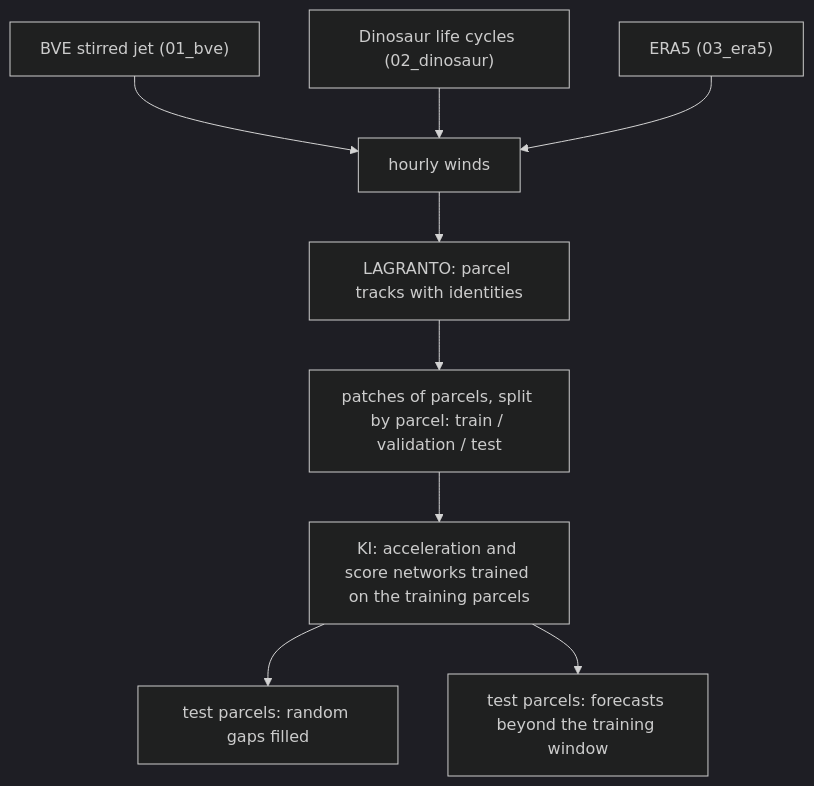
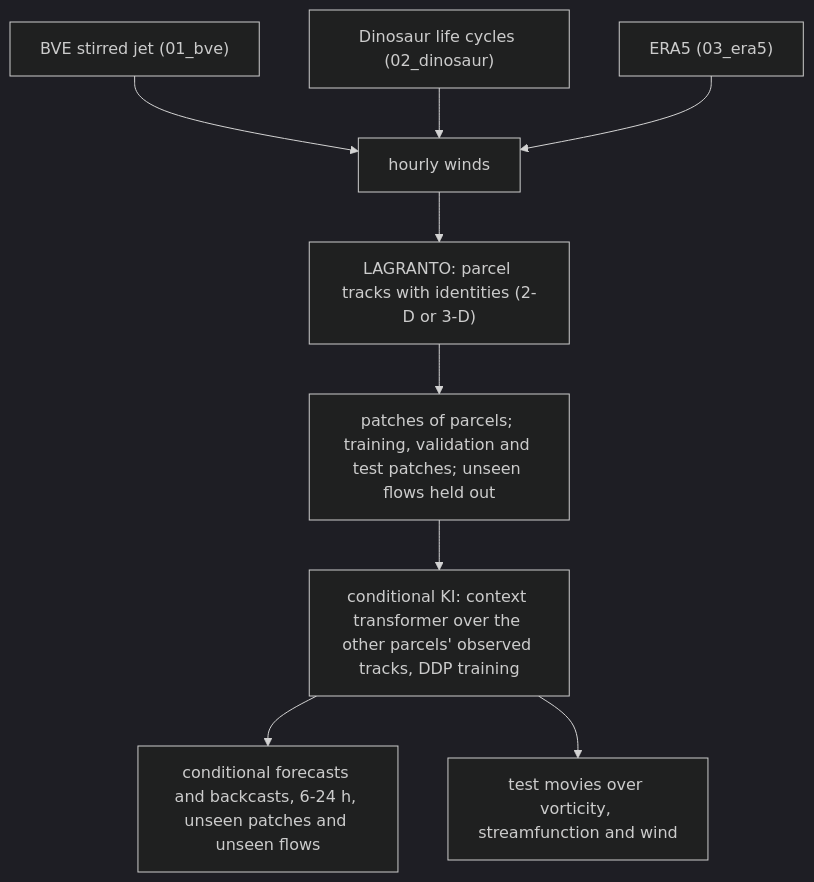
One commit to yanxingjianken/ki-lagrangian-tracks changed the diagram in README.md. Above: the diagram before and after it, drawn with Mermaid (dark theme). The commit also changed other lines of this file and 147 other files, not shown here.

First line of the commit message:
02_dinosaur: 3-D conditional KI on baroclinic life cycles; test movies; validation-curve fix

````diff
--- a/README.md
+++ b/README.md
@@ -18,11 +18,11 @@
 ```mermaid
 graph TD
     M1["BVE stirred jet (01_bve)"] --> W["hourly winds"]
     M2["Dinosaur life cycles (02_dinosaur)"] --> W
     M3["ERA5 (03_era5)"] --> W
-    W --> L["LAGRANTO: parcel tracks with identities"]
-    L --> S["patches of parcels, split by parcel: train / validation / test"]
-    S --> K["KI: acceleration and score networks trained on the training parcels"]
-    K --> G["test parcels: random gaps filled"]
-    K --> F["test parcels: forecasts beyond the training window"]
+    W --> L["LAGRANTO: parcel tracks with identities (2-D or 3-D)"]
+    L --> S["patches of parcels; training, validation and test patches; unseen flows held out"]
+    S --> K["conditional KI: context transformer over the other parcels' observed tracks, DDP training"]
+    K --> F["conditional forecasts and backcasts, 6-24 h, unseen patches and unseen flows"]
+    K --> V["test movies over vorticity, streamfunction and wind"]
 ```
````
